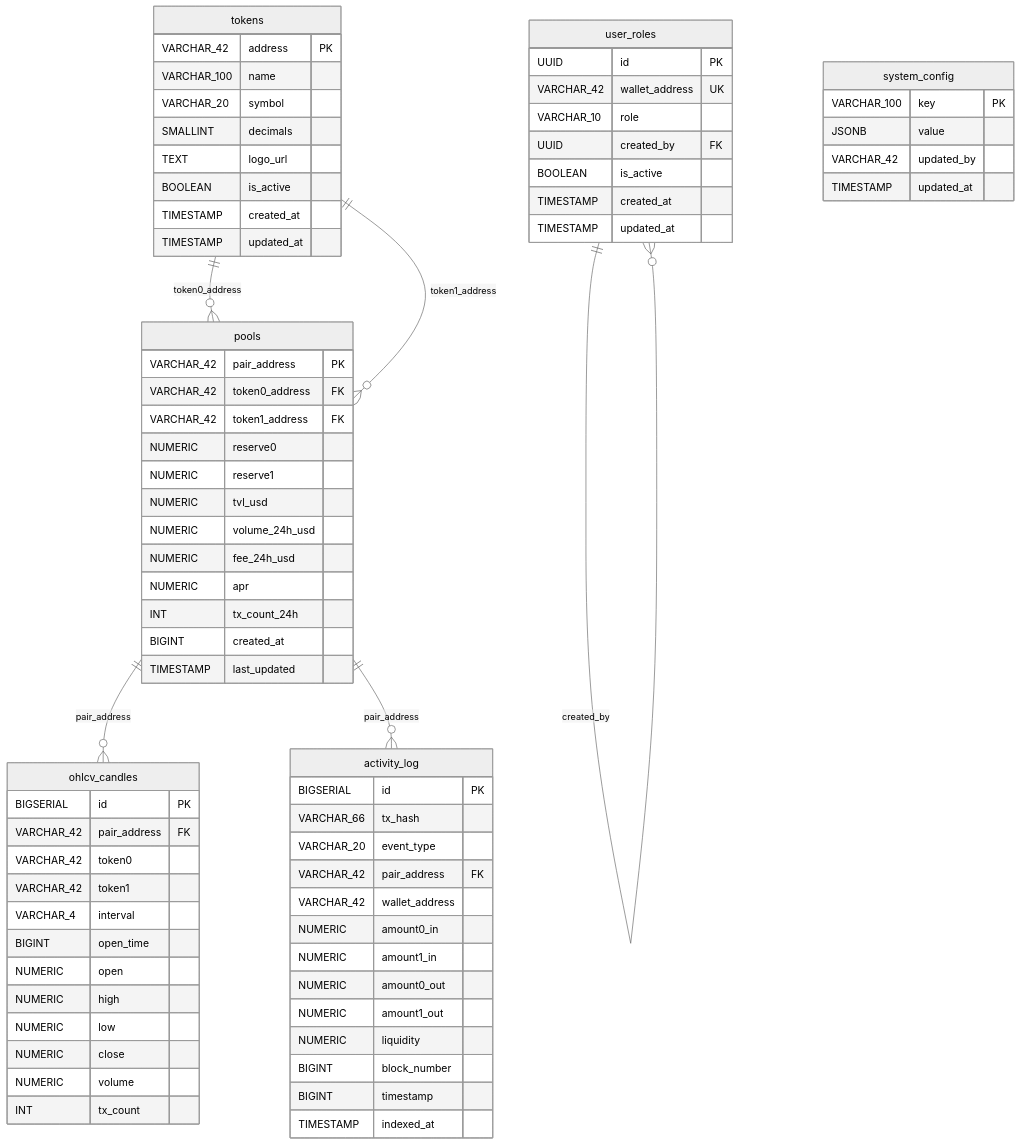
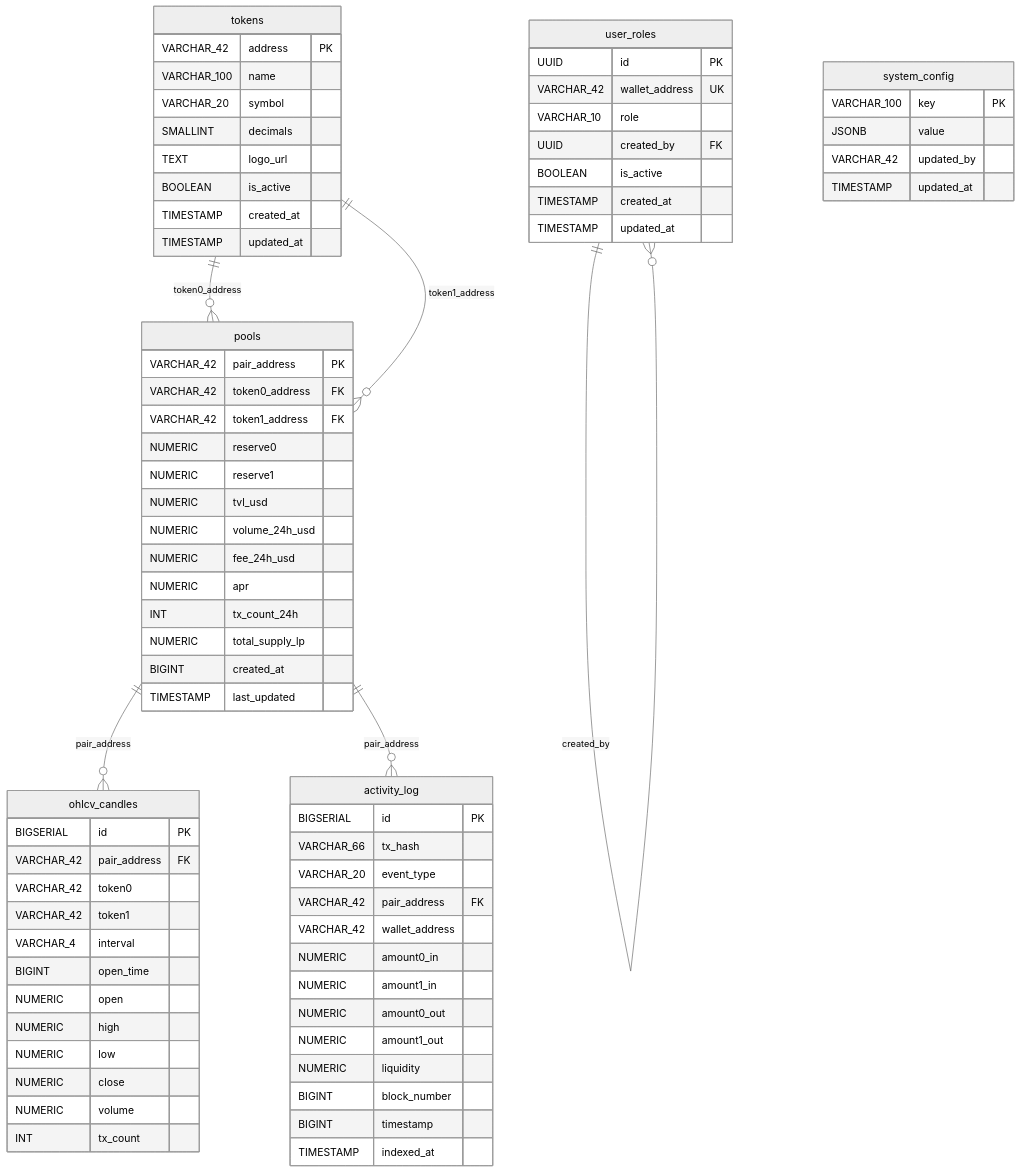
Before and after one commit to Kh0anh/LizSwap: the diagram in docs/database/schema.md, drawn with Mermaid (neutral theme).

Commit message:
docs(database): thêm trường total_supply_lp vào biểu đồ ER của bảng pools trong schema.md
- Đồng bộ hóa biểu đồ ER (Mermaid) với SQL Schema thực tế của bảng pools.
- Bổ sung trường NUMERIC total_supply_lp vào Entity pools trong biểu đồ để khớp 1-1 với định nghĩa cột.
- Đảm bảo tài liệu nhất quán, giúp lập trình viên Frontend / Indexer theo dõi chính xác logic tính toán tỷ lệ Add/Remove Liquidity.

```diff
--- a/docs/database/schema.md
+++ b/docs/database/schema.md
@@ -74,6 +74,7 @@
         NUMERIC fee_24h_usd
         NUMERIC apr
         INT tx_count_24h
+        NUMERIC total_supply_lp
         BIGINT created_at
         TIMESTAMP last_updated
     }
```
